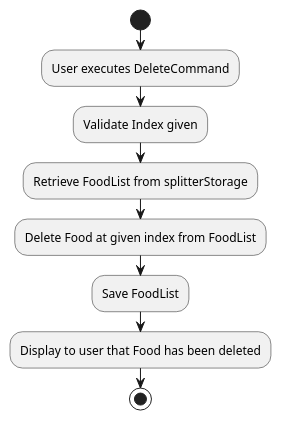
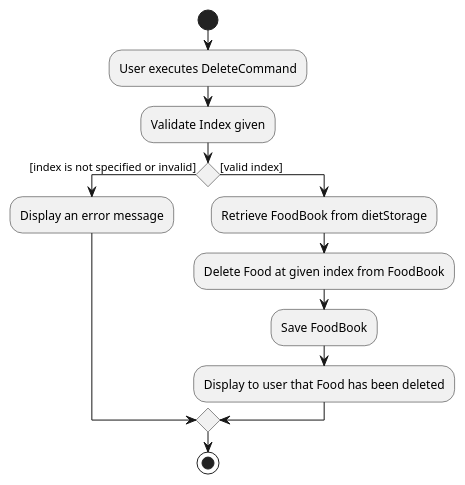
One commit to nus-cs2103-AY1920S2/addressbook-level3 changed the diagram in docs/diagrams/DeleteFoodActivityDiagram.puml. Above: the diagram before and after it, drawn with PlantUML. The commit also changed 34 other files, not shown here.

```diff
--- a/docs/diagrams/DeleteFoodActivityDiagram.puml
+++ b/docs/diagrams/DeleteFoodActivityDiagram.puml
@@ -1,10 +1,20 @@
 @startuml
+/' @author @akhilvuputuri'/
+
 start
+
 :User executes DeleteCommand;
- :Validate Index given;
- :Retrieve FoodList from splitterStorage;
- :Delete Food at given index from FoodList;
- :Save FoodList;
- :Display to user that Food has been deleted;
- stop
- @enduml
+:Validate Index given;
+
+if () then ([index is not specified or invalid])
+    :Display an error message;
+
+else ([valid index])
+    :Retrieve FoodBook from dietStorage;
+    :Delete Food at given index from FoodBook;
+    :Save FoodBook;
+    :Display to user that Food has been deleted;
+
+endif
+stop
+@enduml
```
